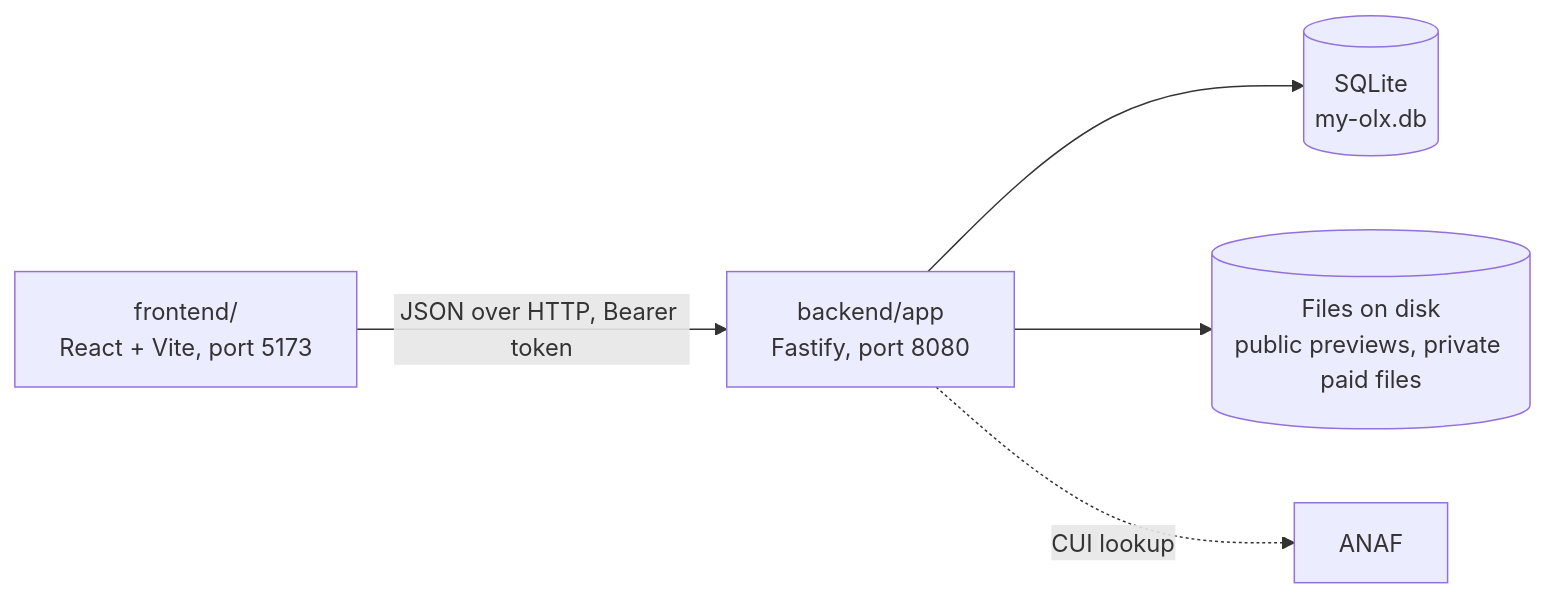
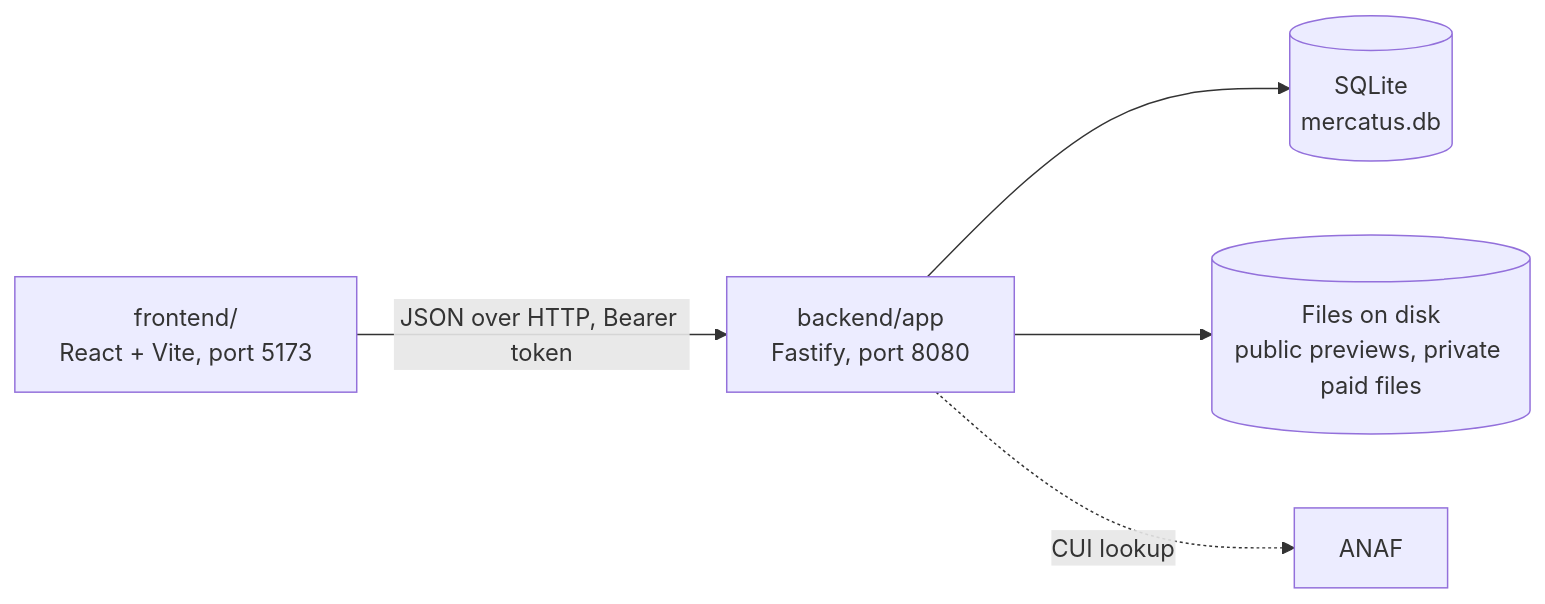
The diagram in README.md (gandolh/comercial-website), drawn with Mermaid before and after one commit. The commit also changed other lines of this file and 39 other files, not shown here.

First line of the commit message:
feat: the code name my-olx is retired, the code says Mercatus too (brief 27)

````diff
--- a/README.md
+++ b/README.md
@@ -44,7 +44,7 @@
 ```mermaid
 flowchart LR
   web["frontend/<br/>React + Vite, port 5173"] -- "JSON over HTTP, Bearer token" --> api["backend/app<br/>Fastify, port 8080"]
-  api --> db[("SQLite<br/>my-olx.db")]
+  api --> db[("SQLite<br/>mercatus.db")]
   api --> files[("Files on disk<br/>public previews, private paid files")]
   api -. "CUI lookup" .-> anaf["ANAF"]
 ```
````
